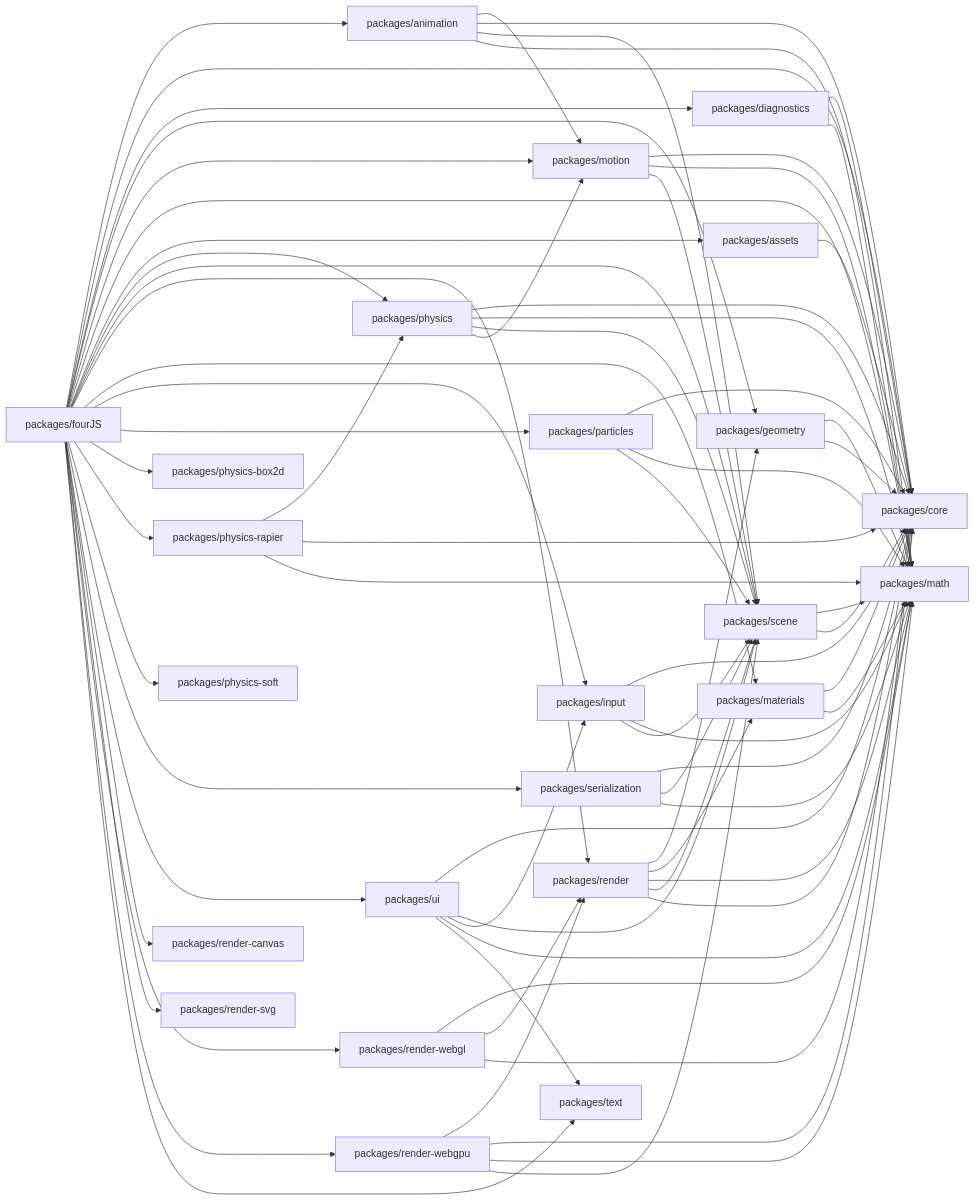
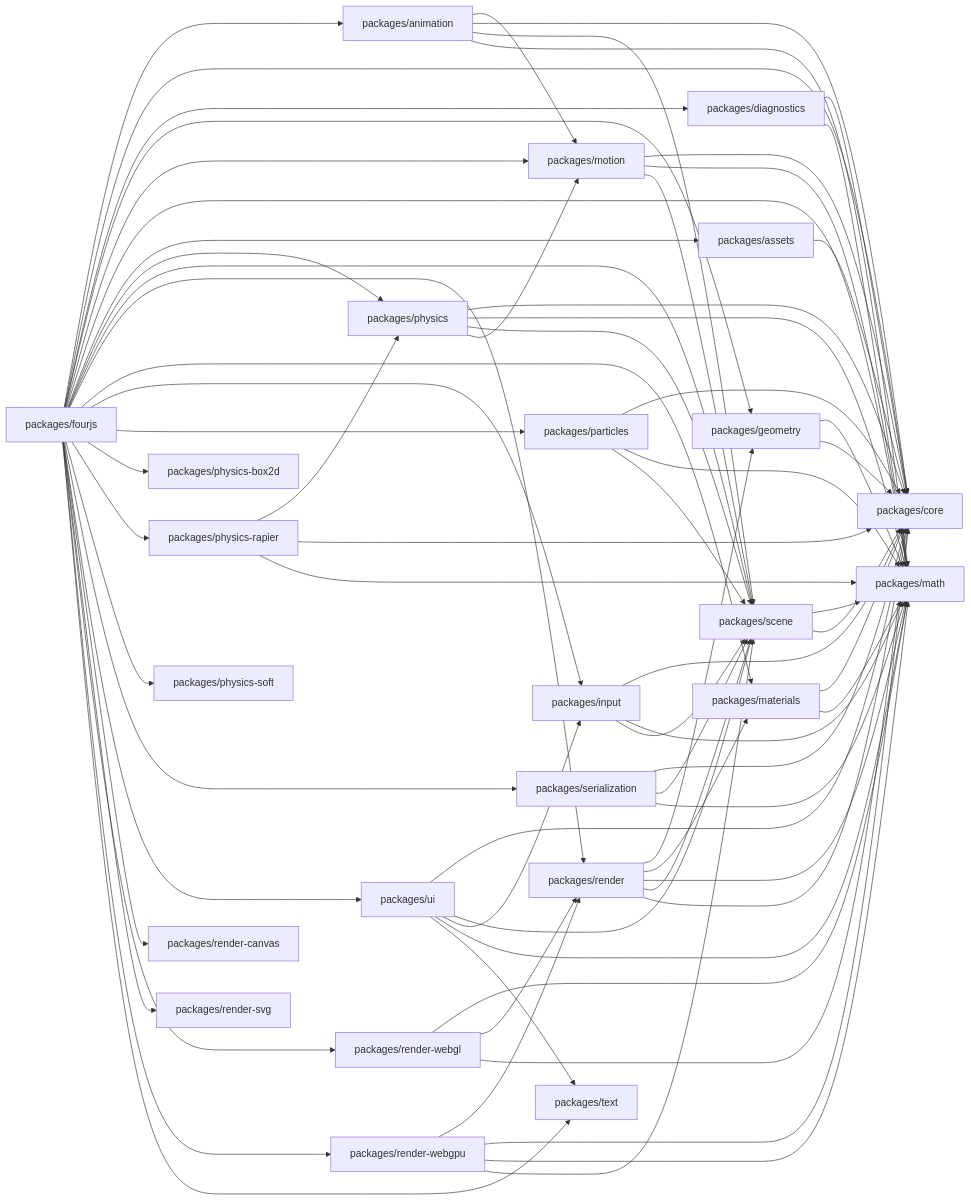
The first of 2 diagrams in docs/Architecture/DEPENDENCY_GRAPH.md (danielsimonjr/four.js), drawn with Mermaid before and after one commit. The commit also changed other lines of this file and 92 other files, not shown here.

```diff
--- a/docs/Architecture/DEPENDENCY_GRAPH.md
+++ b/docs/Architecture/DEPENDENCY_GRAPH.md
@@ -111,7 +111,7 @@
     P1[packages/assets]
     P2[packages/core]
     P3[packages/diagnostics]
-    P4[packages/fourJS]
+    P4[packages/fourjs]
     P5[packages/geometry]
     P6[packages/input]
     P7[packages/materials]
```
